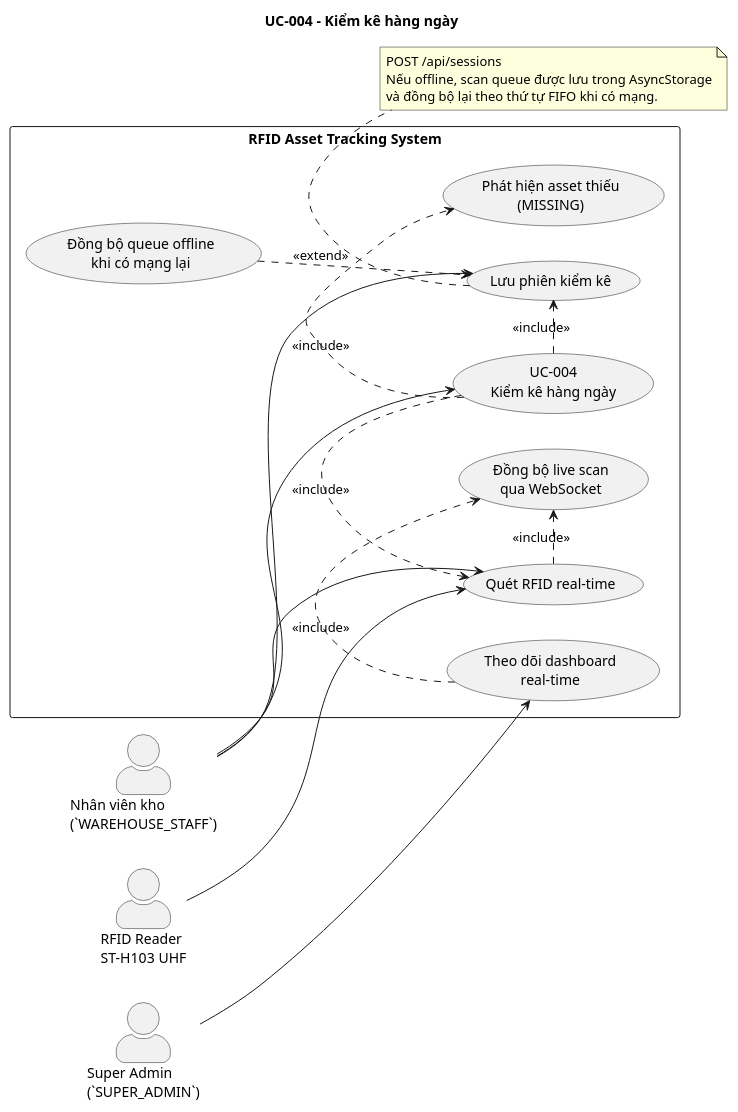
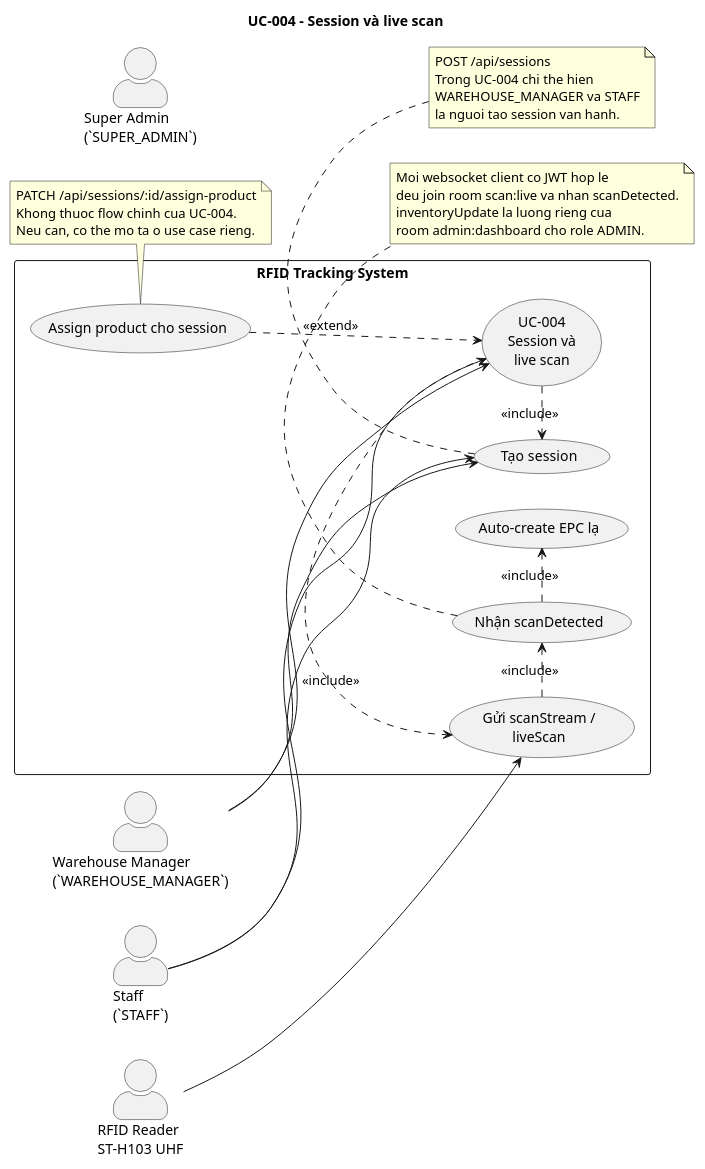
Before and after one commit to Tuoi-SE/rfid-app: the diagram in docs/diagrams/uc-004-kiem-ke-hang-ngay.puml, drawn with PlantUML. The commit also changed 16 other files, not shown here.

Commit message:
docs: update system architecture diagrams, add logical ERD, and synchronize documentation with current backend implementation

```diff
--- a/docs/diagrams/uc-004-kiem-ke-hang-ngay.puml
+++ b/docs/diagrams/uc-004-kiem-ke-hang-ngay.puml
@@ -1,42 +1,55 @@
 @startuml
-title UC-004 - Kiểm kê hàng ngày
+title UC-004 - Session và live scan
 
 left to right direction
 skinparam shadowing false
 skinparam actorStyle awesome
 skinparam packageStyle rectangle
 
-actor "Nhân viên kho\n(`WAREHOUSE_STAFF`)" as WS
+actor "Super Admin\n(`SUPER_ADMIN`)" as SA
+actor "Warehouse Manager\n(`WAREHOUSE_MANAGER`)" as WM
+actor "Staff\n(`STAFF`)" as ST
 actor "RFID Reader\nST-H103 UHF" as Reader
-actor "Super Admin\n(`SUPER_ADMIN`)" as SA
 
-rectangle "RFID Asset Tracking System" {
-  usecase "UC-004\nKiểm kê hàng ngày" as Main
-  usecase "Quét RFID real-time" as LiveScan
-  usecase "Đồng bộ live scan\nqua WebSocket" as PushUpdate
-  usecase "Phát hiện asset thiếu\n(MISSING)" as DetectMissing
-  usecase "Lưu phiên kiểm kê" as SaveSession
-  usecase "Đồng bộ queue offline\nkhi có mạng lại" as OfflineSync
-  usecase "Theo dõi dashboard\nreal-time" as MonitorDashboard
+rectangle "RFID Tracking System" {
+  usecase "UC-004\nSession và\nlive scan" as Main
+  usecase "Tạo session" as CreateSession
+  usecase "Gửi scanStream /\nliveScan" as SendScan
+  usecase "Nhận scanDetected" as ReceiveScan
+  usecase "Auto-create EPC lạ" as AutoCreate
+  usecase "Assign product cho session" as AssignSessionProduct
 }
 
-WS --> Main
-WS --> LiveScan
-WS --> SaveSession
-Reader --> LiveScan
-SA --> MonitorDashboard
+WM --> Main
+ST --> Main
+WM --> CreateSession
+ST --> CreateSession
+Reader --> SendScan
 
-Main .> LiveScan : <<include>>
-Main .> DetectMissing : <<include>>
-Main .> SaveSession : <<include>>
-LiveScan .> PushUpdate : <<include>>
-MonitorDashboard .> PushUpdate : <<include>>
-OfflineSync ..> SaveSession : <<extend>>
+Main .> CreateSession : <<include>>
+Main .> SendScan : <<include>>
+SendScan .> ReceiveScan : <<include>>
+ReceiveScan .> AutoCreate : <<include>>
+AssignSessionProduct ..> Main : <<extend>>
 
-note bottom of SaveSession
+note bottom of CreateSession
 POST /api/sessions
-Nếu offline, scan queue được lưu trong AsyncStorage
-và đồng bộ lại theo thứ tự FIFO khi có mạng.
+Trong UC-004 chi the hien
+WAREHOUSE_MANAGER va STAFF
+la nguoi tao session van hanh.
+end note
+
+note bottom of ReceiveScan
+Moi websocket client co JWT hop le
+deu join room scan:live va nhan scanDetected.
+inventoryUpdate la luong rieng cua
+room admin:dashboard cho role ADMIN.
+end note
+
+note bottom of AssignSessionProduct
+PATCH /api/sessions/:id/assign-product
+Khong thuoc flow chinh cua UC-004.
+Neu can, co the mo ta o use case rieng.
 end note
 
 @enduml
```
